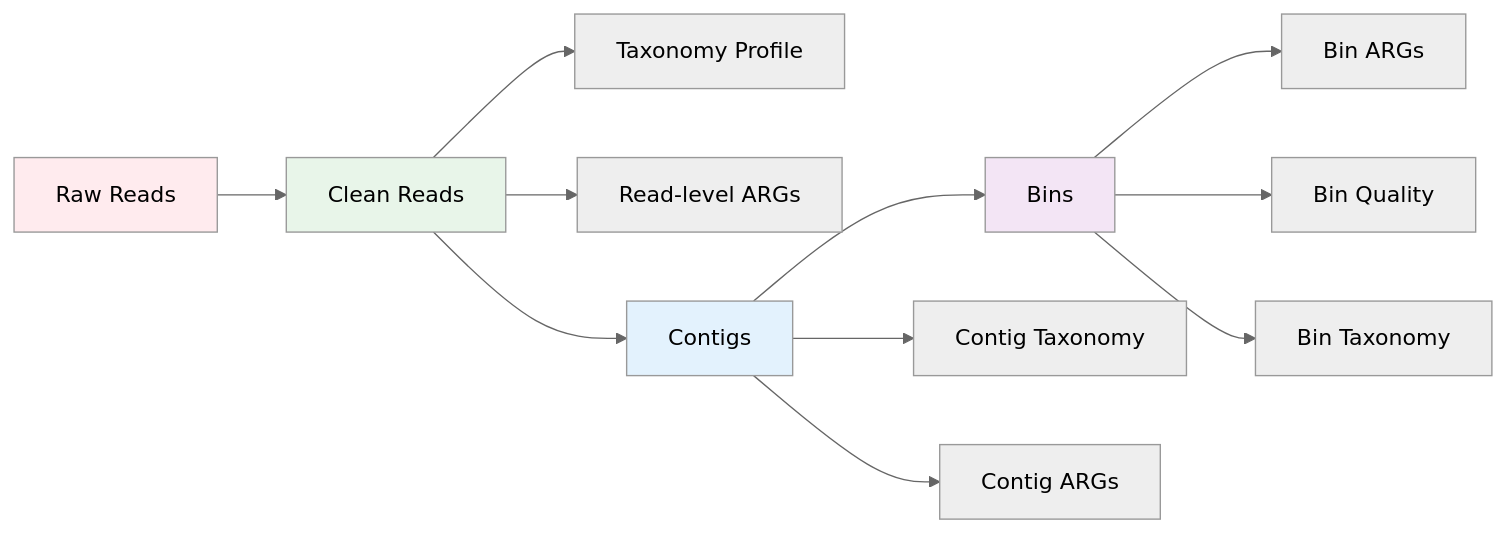
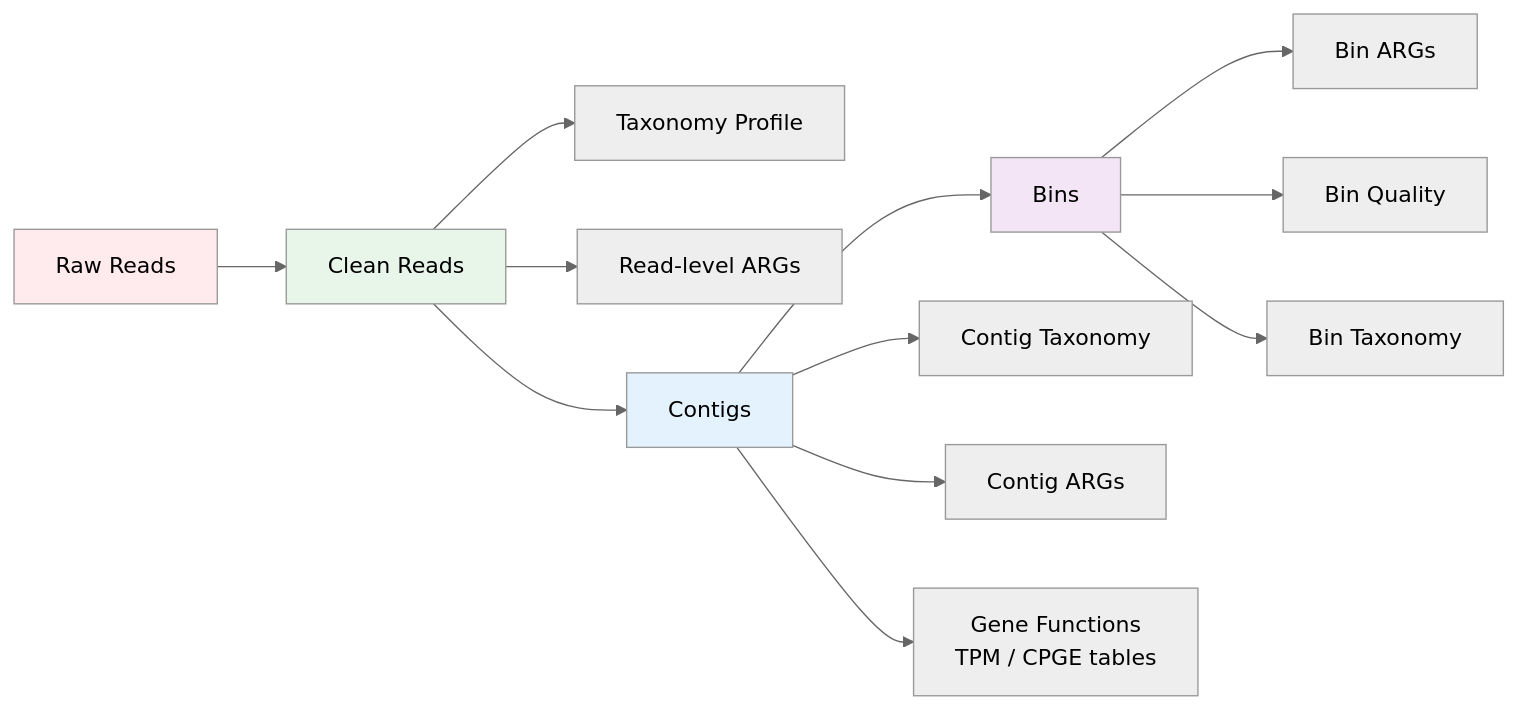
One commit to gene2dis/BugBuster changed the eighth of 8 diagrams in docs/WORKFLOW_DIAGRAM.md. Above: the diagram before and after it, drawn with Mermaid (neutral theme). The commit also changed other lines of this file and 33 other files, not shown here.

````diff
--- a/docs/WORKFLOW_DIAGRAM.md
+++ b/docs/WORKFLOW_DIAGRAM.md
@@ -286,18 +307,19 @@
 ```mermaid
 flowchart LR
     A[Raw Reads] --> B[Clean Reads]
     B --> C[Taxonomy Profile]
     B --> D[Read-level ARGs]
     B --> E[Contigs]
     E --> F[Bins]
     E --> G[Contig Taxonomy]
     E --> H[Contig ARGs]
+    E --> L[Gene Functions<br/>TPM / CPGE tables]
     F --> I[Bin ARGs]
     F --> J[Bin Quality]
     F --> K[Bin Taxonomy]
     
     style A fill:#ffebee
     style B fill:#e8f5e9
     style E fill:#e3f2fd
     style F fill:#f3e5f5
 ```
````
